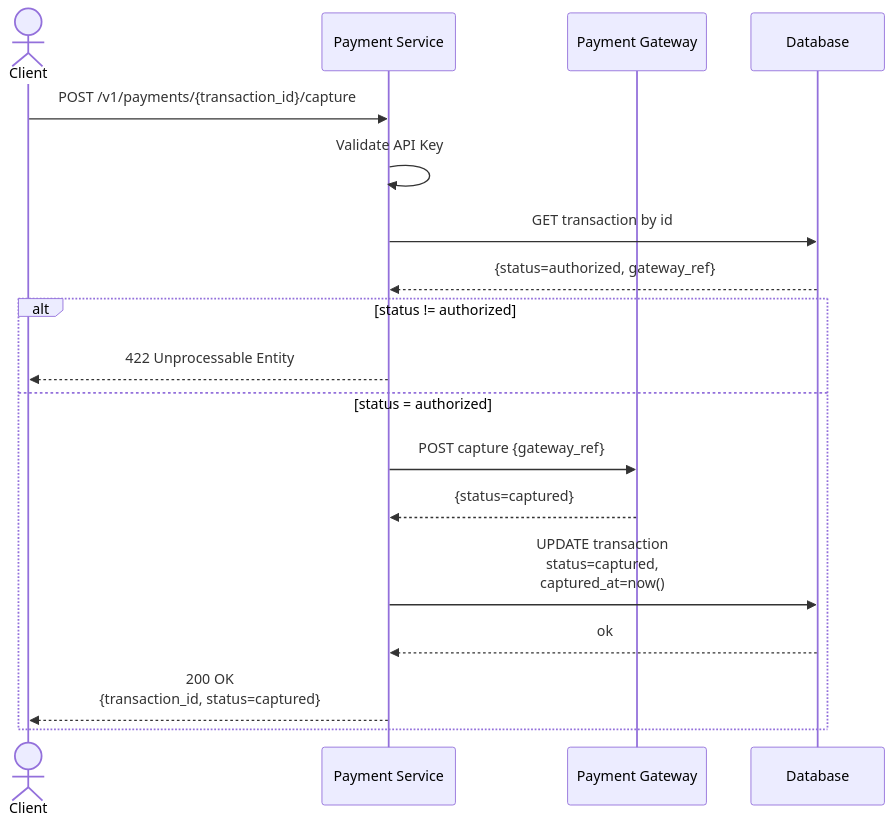
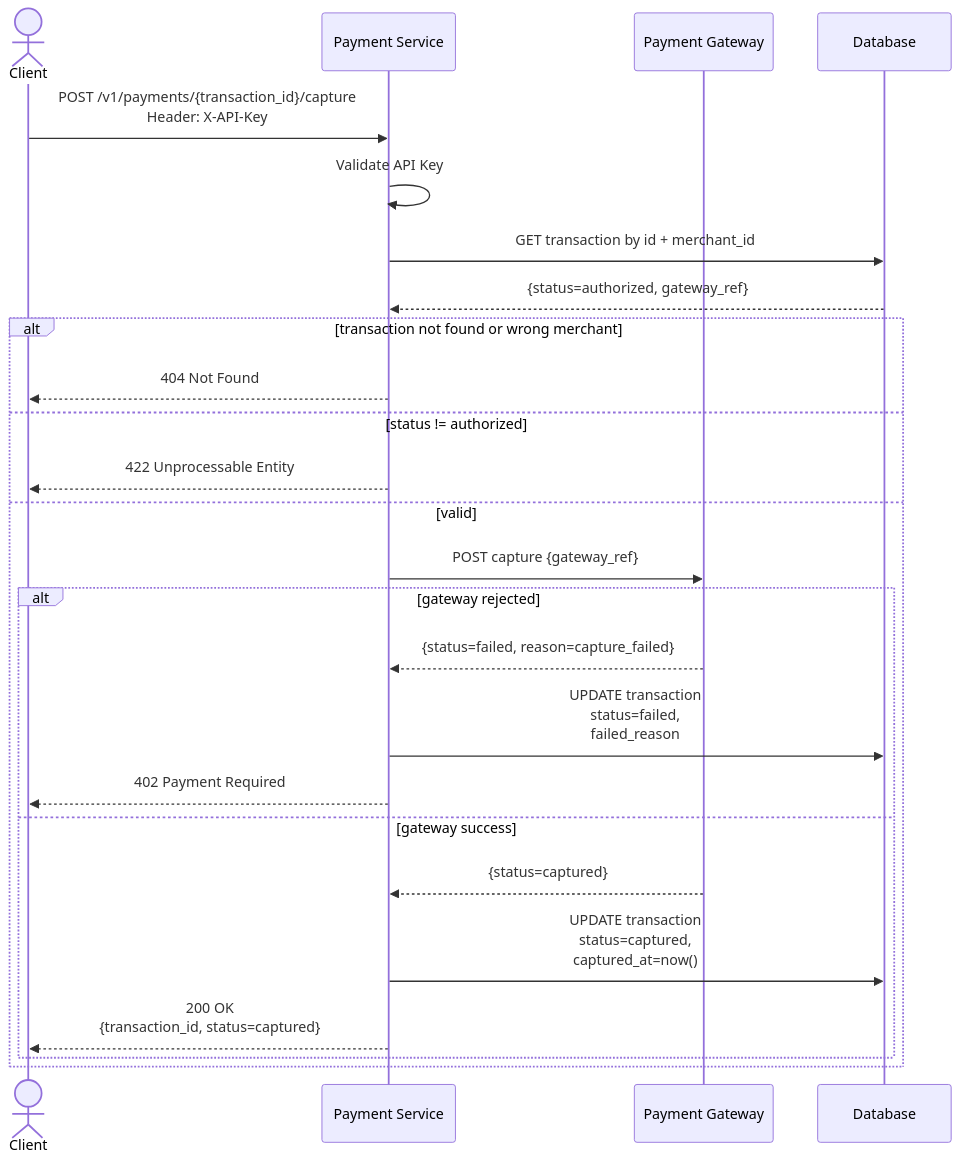
Before and after one commit to Noppawat3939/card-payment-service: the sixth of 7 diagrams in readme.md, drawn with Mermaid. The commit also changed other lines of this file and 1 other file, not shown here.

Commit message:
[DOC]: update README flow

````diff
--- a/readme.md
+++ b/readme.md
@@ -476,24 +491,31 @@
 ```mermaid
 sequenceDiagram
     actor C as Client
     participant S as Payment Service
     participant GW as Payment Gateway
     participant DB as Database
 
-    C->>S: POST /v1/payments/{transaction_id}/capture
+    C->>S: POST /v1/payments/{transaction_id}/capture<br/>Header: X-API-Key
     S->>S: Validate API Key
-    S->>DB: GET transaction by id
+
+    S->>DB: GET transaction by id + merchant_id
     DB-->>S: {status=authorized, gateway_ref}
 
-    alt status != authorized
+    alt transaction not found or wrong merchant
+        S-->>C: 404 Not Found
+    else status != authorized
         S-->>C: 422 Unprocessable Entity
-    else status = authorized
+    else valid
         S->>GW: POST capture {gateway_ref}
-        GW-->>S: {status=captured}
 
-        S->>DB: UPDATE transaction<br/>status=captured,<br/>captured_at=now()
-        DB-->>S: ok
-
-        S-->>C: 200 OK<br/>{transaction_id, status=captured}
+        alt gateway rejected
+            GW-->>S: {status=failed, reason=capture_failed}
+            S->>DB: UPDATE transaction<br/>status=failed,<br/>failed_reason
+            S-->>C: 402 Payment Required
+        else gateway success
+            GW-->>S: {status=captured}
+            S->>DB: UPDATE transaction<br/>status=captured,<br/>captured_at=now()
+            S-->>C: 200 OK<br/>{transaction_id, status=captured}
+        end
     end
 ```
````
